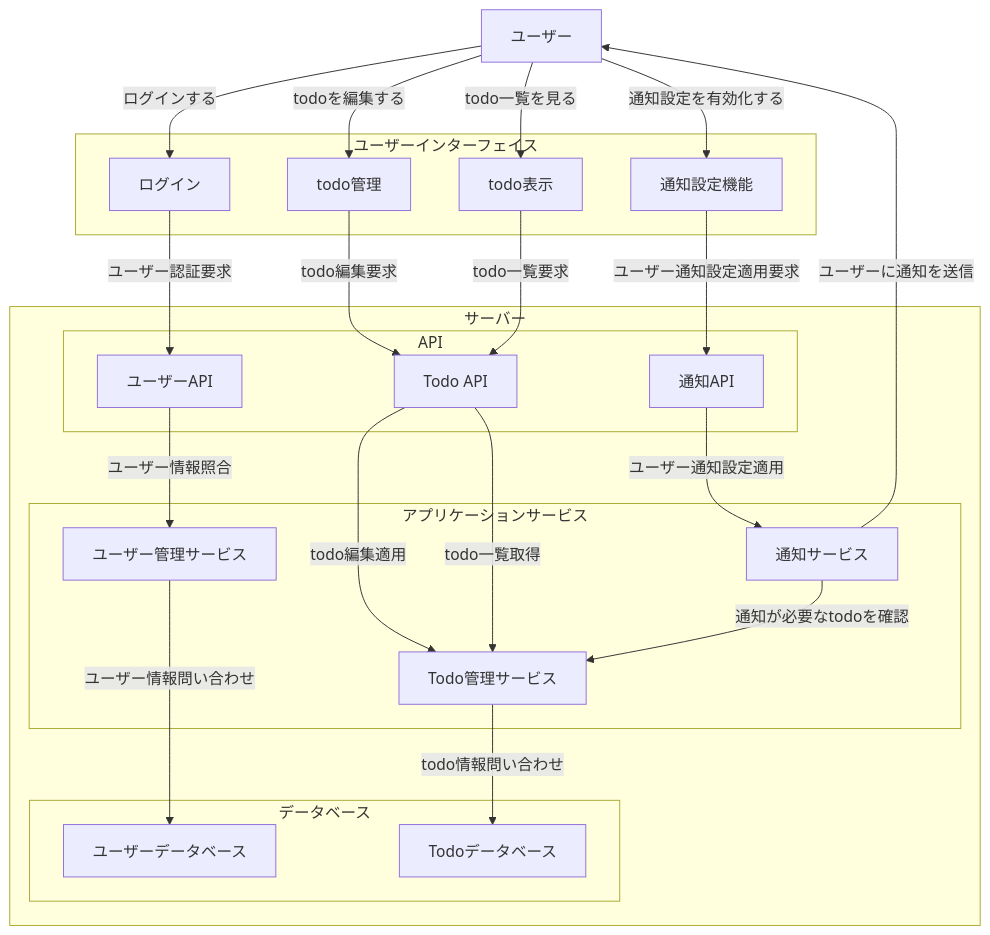
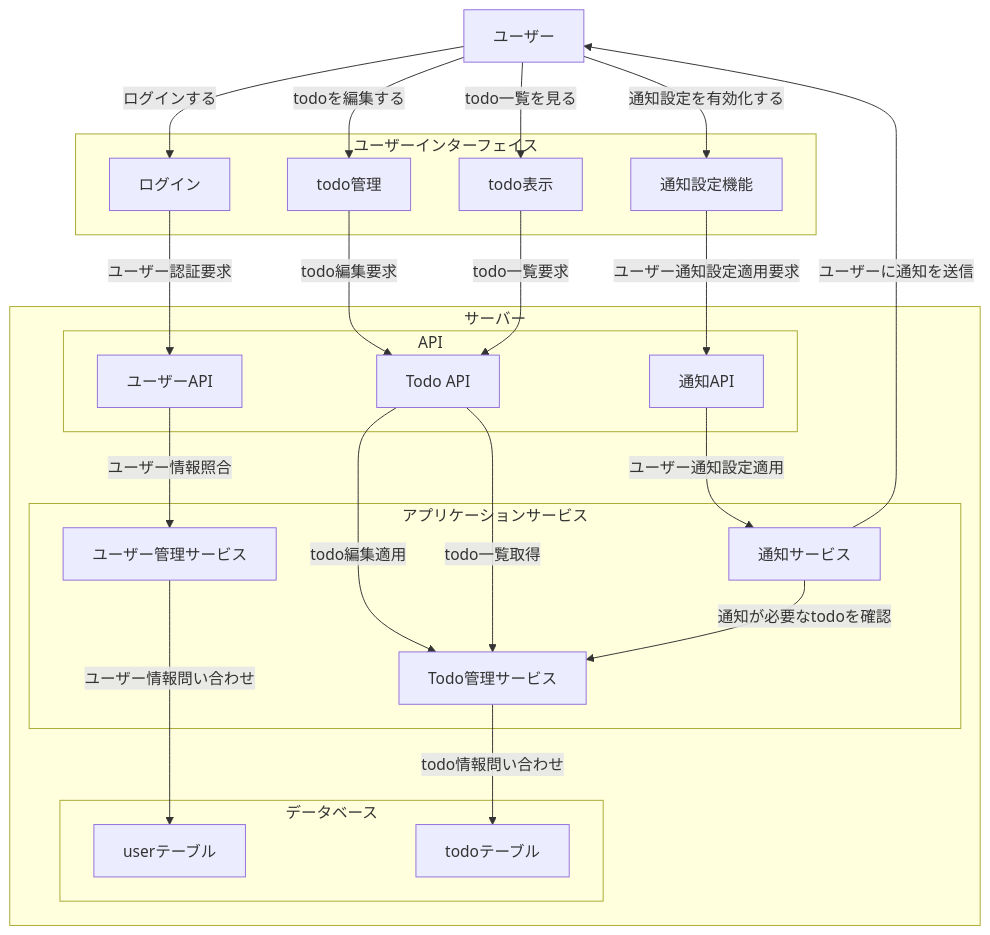
One commit to tam1192/MyTodoAppsDocs changed the first of 2 diagrams in src/要件定義.md. Above: the diagram before and after it, drawn with Mermaid. The commit also changed other lines of this file, not shown here.

Commit message:
資料内でDBのテーブル名を統一した

````diff
--- a/src/要件定義.md
+++ b/src/要件定義.md
@@ -40,52 +40,52 @@
 ```mermaid
 flowchart TD
    %% 機能定義
    user["ユーザー"]
    subgraph ui["ユーザーインターフェイス"]
       login["ログイン"]
       managementTodo["todo管理"]
       listTodo["todo表示"]
       setNotification["通知設定機能"]
    end
    subgraph server["サーバー"]
       subgraph api["API"]
          userApi["ユーザーAPI"]
          todoApi["Todo API"]
          notificationApi["通知API"]
       end
       subgraph aps["アプリケーションサービス"]
          userManagementService["ユーザー管理サービス"]
          todoManagementService["Todo管理サービス"]
          notificationManagementService["通知サービス"]
       end
       subgraph db["データベース"]
-         userDb["ユーザーデータベース"]
-         todoDb["Todoデータベース"]
+         userDb["userテーブル"]
+         todoDb["todoテーブル"]
       end
    end
 
    %% ログインシステムの関係
    user -->|ログインする| login
    login -->|ユーザー認証要求| userApi
    userApi --> |ユーザー情報照合| userManagementService
    userManagementService --> |ユーザー情報問い合わせ| userDb
 
    %% Todo機能の関係
    user --> |todoを編集する| managementTodo
    user --> |todo一覧を見る| listTodo
 
    managementTodo --> |todo編集要求| todoApi
    listTodo --> |todo一覧要求| todoApi
 
    todoApi --> |todo編集適用| todoManagementService
    todoApi --> |todo一覧取得| todoManagementService
 
    todoManagementService --> |todo情報問い合わせ| todoDb
 
    %% 通知機能の関係
    user --> |通知設定を有効化する| setNotification
    setNotification --> |ユーザー通知設定適用要求| notificationApi
    notificationApi --> |ユーザー通知設定適用| notificationManagementService
    notificationManagementService --> |通知が必要なtodoを確認| todoManagementService
    notificationManagementService --> |ユーザーに通知を送信| user
 ```
````
